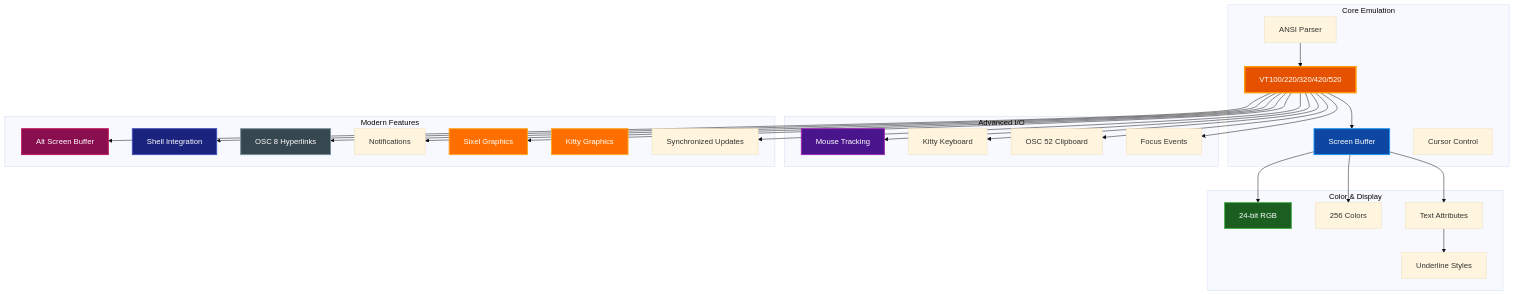
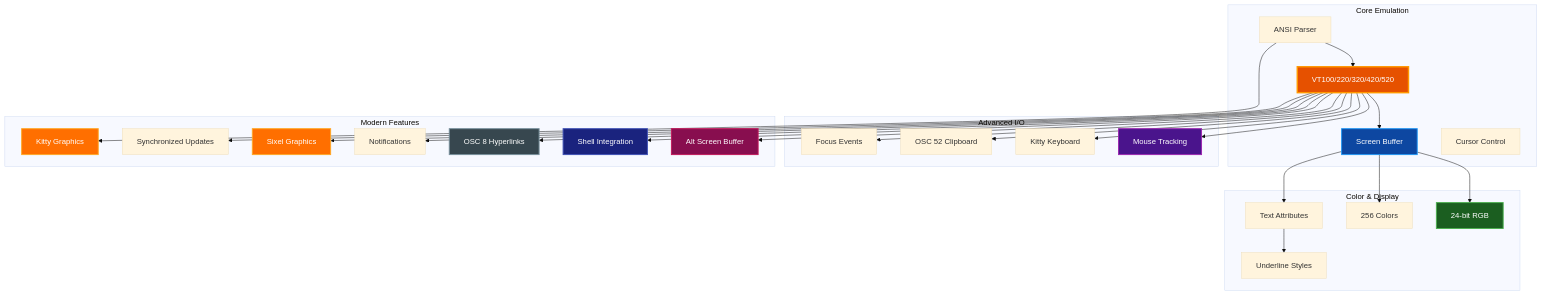
One commit to paulrobello/par-term-emu-core-rust changed the diagram in docs/ADVANCED_FEATURES.md. Above: the diagram before and after it, drawn with Mermaid (base theme). The commit also changed other lines of this file and 25 other files, not shown here.

````diff
--- a/docs/ADVANCED_FEATURES.md
+++ b/docs/ADVANCED_FEATURES.md
@@ -49,62 +49,63 @@
 ```mermaid
 graph TB
     subgraph "Core Emulation"
         VT[VT100/220/320/420/520]
         Grid[Screen Buffer]
         Cursor[Cursor Control]
         Parser[ANSI Parser]
     end
 
     subgraph "Color & Display"
         TrueColor[24-bit RGB]
         Color256[256 Colors]
         Attrs[Text Attributes]
         Underline[Underline Styles]
     end
 
     subgraph "Advanced I/O"
         Mouse[Mouse Tracking]
         Keyboard[Kitty Keyboard]
         Clipboard[OSC 52 Clipboard]
         Focus[Focus Events]
     end
 
     subgraph "Modern Features"
         AltScreen[Alt Screen Buffer]
         Shell[Shell Integration]
         Links[OSC 8 Hyperlinks]
         Notify[Notifications]
         Sixel[Sixel Graphics]
         Kitty[Kitty Graphics]
         Sync[Synchronized Updates]
     end
 
     Parser --> VT
     VT --> Grid
     Grid --> TrueColor
     Grid --> Color256
     Grid --> Attrs
     Attrs --> Underline
 
     VT --> Mouse
     VT --> Keyboard
     VT --> Clipboard
     VT --> Focus
 
     VT --> AltScreen
     VT --> Shell
     VT --> Links
     VT --> Notify
     VT --> Sixel
+    Parser --> Kitty
     VT --> Sync
 
     style VT fill:#e65100,stroke:#ff9800,stroke-width:3px,color:#ffffff
     style Grid fill:#0d47a1,stroke:#2196f3,stroke-width:2px,color:#ffffff
     style TrueColor fill:#1b5e20,stroke:#4caf50,stroke-width:2px,color:#ffffff
     style Mouse fill:#4a148c,stroke:#9c27b0,stroke-width:2px,color:#ffffff
     style AltScreen fill:#880e4f,stroke:#c2185b,stroke-width:2px,color:#ffffff
     style Shell fill:#1a237e,stroke:#3f51b5,stroke-width:2px,color:#ffffff
     style Links fill:#37474f,stroke:#78909c,stroke-width:2px,color:#ffffff
     style Sixel fill:#ff6f00,stroke:#ffa726,stroke-width:2px,color:#ffffff
     style Kitty fill:#ff6f00,stroke:#ffa726,stroke-width:2px,color:#ffffff
 ```
````
